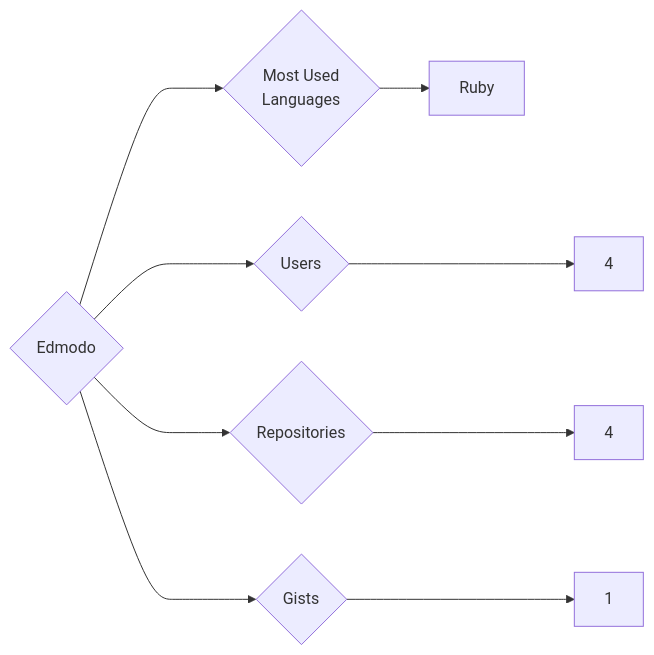
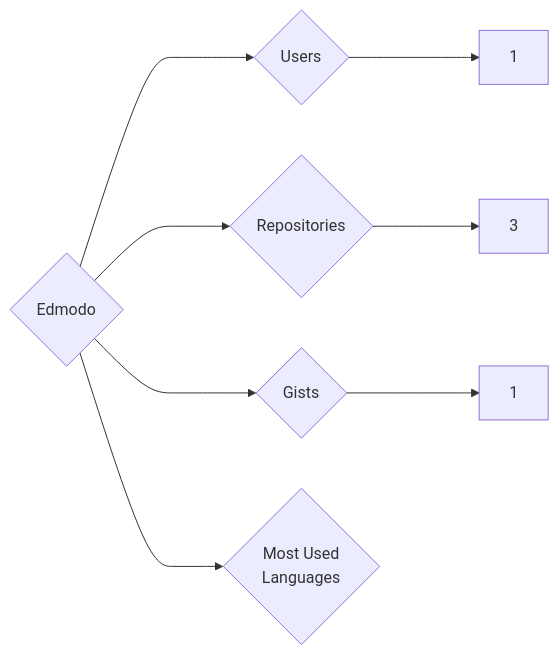
The diagram in targets/Edmodo/README.md (trickest/insiders), drawn with Mermaid before and after one commit. The commit also changed 873 other files, not shown here.

````diff
--- a/targets/Edmodo/README.md
+++ b/targets/Edmodo/README.md
@@ -3,9 +3,8 @@
 ```mermaid
 graph LR
 COMPANY_NAME{Edmodo}
-COMPANY_NAME ---> U{Users} ---> UN[4]
-COMPANY_NAME ---> R{Repositories} ---> RN[4]
+COMPANY_NAME ---> U{Users} ---> UN[1]
+COMPANY_NAME ---> R{Repositories} ---> RN[3]
 COMPANY_NAME ---> G{Gists} ---> GN[1]
 COMPANY_NAME ---> ML{Most Used<br>Languages}
-ML --> Ruby[Ruby]
 ```
````
